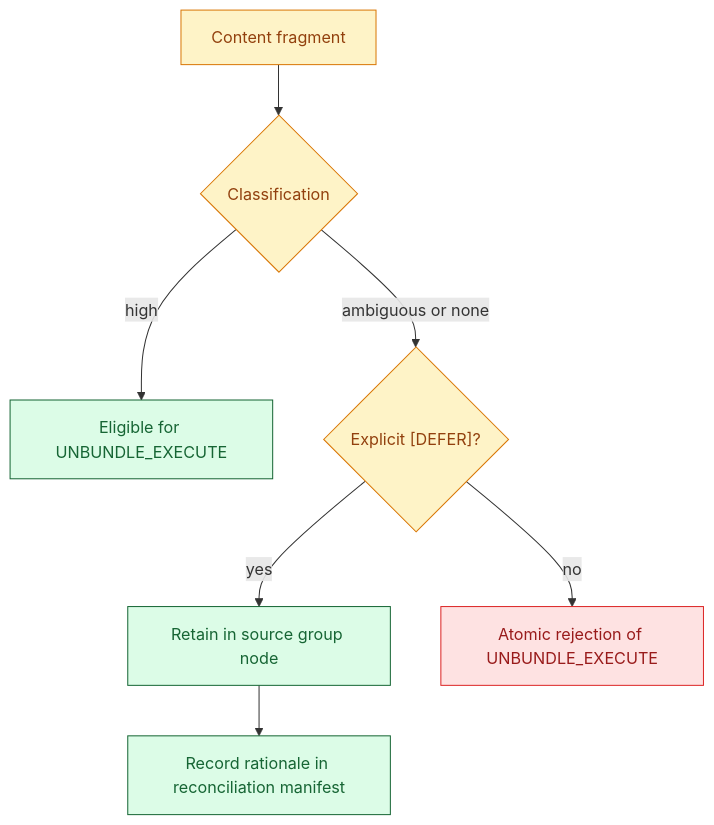
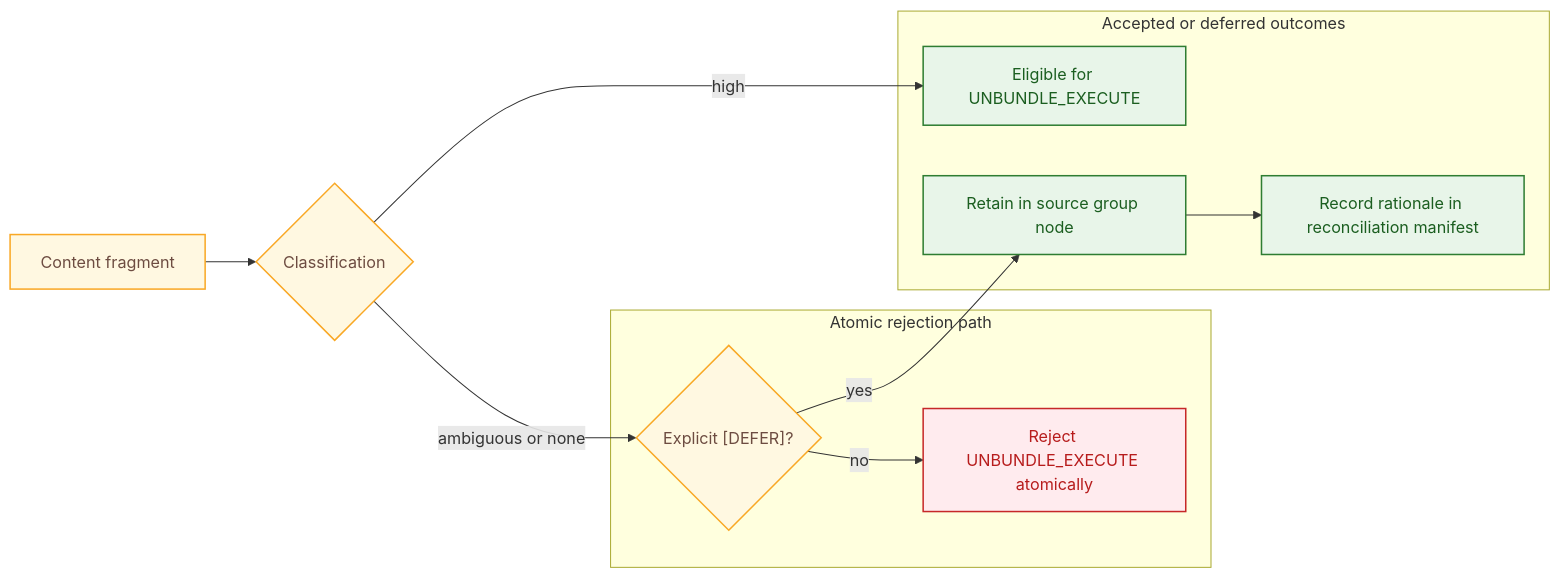
One commit to formosa/Antigravity changed diagram 20 of 28 in .agent/assets/proposals/active/v6.3/ddr_ref_manual_v6.3.md. Above: the diagram before and after it, drawn with Mermaid. The commit also changed other lines of this file, not shown here.

````diff
--- a/.agent/assets/proposals/active/v6.3/ddr_ref_manual_v6.3.md
+++ b/.agent/assets/proposals/active/v6.3/ddr_ref_manual_v6.3.md
@@ -1463,16 +1538,27 @@
 ```mermaid
-flowchart TD
+flowchart LR
+    accTitle: Deferred-fragment and atomic-rejection workflow
+    accDescr: Shows how UNBUNDLE_SCAN outcomes resolve into immediate execution, explicit deferral, or atomic rejection.
     FRAG["Content fragment"] --> CLASS{"Classification"}
-    CLASS -->|high| READY["Eligible for UNBUNDLE_EXECUTE"]
-    CLASS -->|ambiguous or none| DECIDE{"Explicit [DEFER]?"}
-    DECIDE -->|yes| KEEP["Retain in source group node"]
-    KEEP --> MANIFEST["Record rationale in reconciliation manifest"]
-    DECIDE -->|no| REJECT["Atomic rejection of UNBUNDLE_EXECUTE"]
+    subgraph ACCEPT["Accepted or deferred outcomes"]
+        READY["Eligible for UNBUNDLE_EXECUTE"]
+        KEEP["Retain in source group node"]
+        MANIFEST["Record rationale in reconciliation manifest"]
+    end
+    subgraph REJECTPATH["Atomic rejection path"]
+        DECIDE{"Explicit [DEFER]?"}
+        REJECT["Reject UNBUNDLE_EXECUTE atomically"]
+    end
 
-    classDef normative fill:#dcfce7,stroke:#166534,color:#166534;
-    classDef caution fill:#fef3c7,stroke:#d97706,color:#92400e;
-    classDef alert fill:#fee2e2,stroke:#dc2626,color:#991b1b;
+    CLASS -->|high| READY
+    CLASS -->|ambiguous or none| DECIDE
+    DECIDE -->|yes| KEEP --> MANIFEST
+    DECIDE -->|no| REJECT
+
+    classDef normative fill:#e8f5e9,stroke:#2e7d32,color:#1b5e20,stroke-width:1.5px;
+    classDef caution fill:#fff8e1,stroke:#f9a825,color:#6d4c41,stroke-width:1.5px;
+    classDef alert fill:#ffebee,stroke:#c62828,color:#b71c1c,stroke-width:1.5px;
     class FRAG,CLASS,DECIDE caution;
     class READY,KEEP,MANIFEST normative;
     class REJECT alert;
 ```
````
